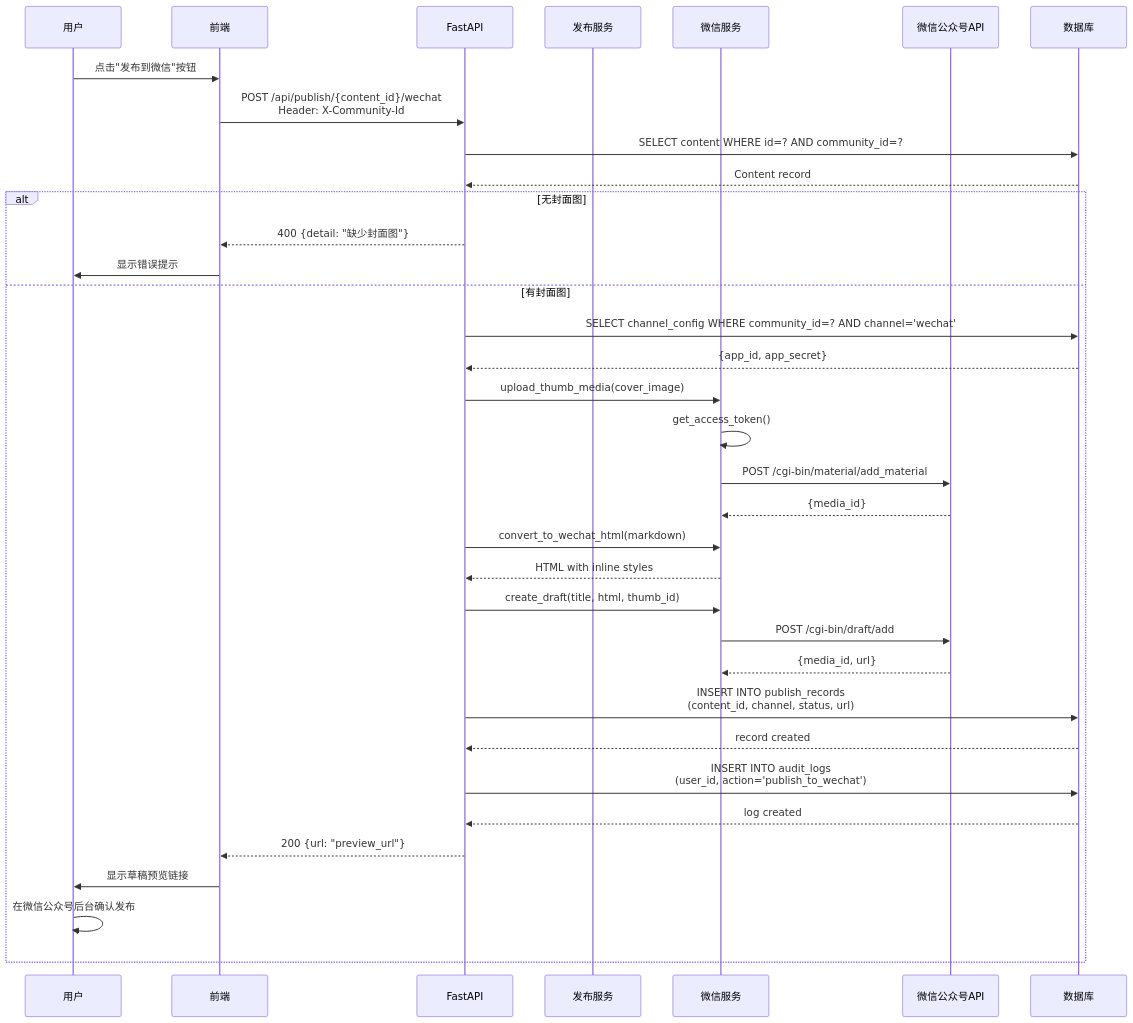
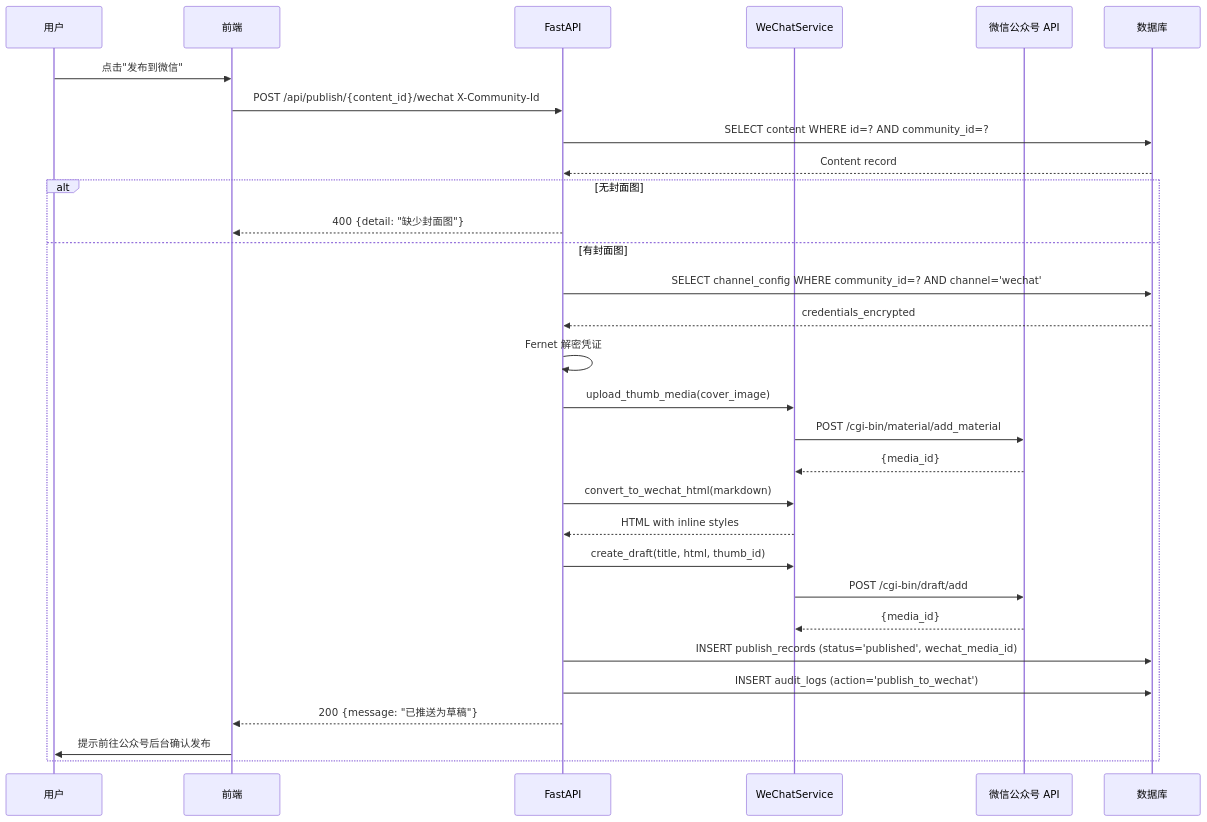
Before and after one commit to ZhengZhenyu/omnicontent: the seventh of 17 diagrams in docs/uml/01-类图与时序图.md, drawn with Mermaid. The commit also changed other lines of this file and 15 other files, not shown here.

````diff
--- a/docs/uml/01-类图与时序图.md
+++ b/docs/uml/01-类图与时序图.md
@@ -298,46 +410,39 @@
 ```mermaid
 sequenceDiagram
     participant User as 用户
     participant Frontend as 前端
     participant API as FastAPI
-    participant PublishService as 发布服务
-    participant WeChatService as 微信服务
-    participant WeChatAPI as 微信公众号API
+    participant WeChatSvc as WeChatService
+    participant WeChatAPI as 微信公众号 API
     participant DB as 数据库
 
-    User->>Frontend: 点击"发布到微信"按钮
-    Frontend->>API: POST /api/publish/{content_id}/wechat<br/>Header: X-Community-Id
+    User->>Frontend: 点击"发布到微信"
+    Frontend->>API: POST /api/publish/{content_id}/wechat  X-Community-Id
 
     API->>DB: SELECT content WHERE id=? AND community_id=?
     DB-->>API: Content record
 
     alt 无封面图
         API-->>Frontend: 400 {detail: "缺少封面图"}
-        Frontend->>User: 显示错误提示
     else 有封面图
         API->>DB: SELECT channel_config WHERE community_id=? AND channel='wechat'
-        DB-->>API: {app_id, app_secret}
+        DB-->>API: credentials_encrypted
+        API->>API: Fernet 解密凭证
 
-        API->>WeChatService: upload_thumb_media(cover_image)
-        WeChatService->>WeChatService: get_access_token()
-        WeChatService->>WeChatAPI: POST /cgi-bin/material/add_material
-        WeChatAPI-->>WeChatService: {media_id}
+        API->>WeChatSvc: upload_thumb_media(cover_image)
+        WeChatSvc->>WeChatAPI: POST /cgi-bin/material/add_material
+        WeChatAPI-->>WeChatSvc: {media_id}
 
-        API->>WeChatService: convert_to_wechat_html(markdown)
-        WeChatService-->>API: HTML with inline styles
+        API->>WeChatSvc: convert_to_wechat_html(markdown)
+        WeChatSvc-->>API: HTML with inline styles
 
-        API->>WeChatService: create_draft(title, html, thumb_id)
-        WeChatService->>WeChatAPI: POST /cgi-bin/draft/add
-        WeChatAPI-->>WeChatService: {media_id, url}
+        API->>WeChatSvc: create_draft(title, html, thumb_id)
+        WeChatSvc->>WeChatAPI: POST /cgi-bin/draft/add
+        WeChatAPI-->>WeChatSvc: {media_id}
 
-        API->>DB: INSERT INTO publish_records<br/>(content_id, channel, status, url)
-        DB-->>API: record created
-
-        API->>DB: INSERT INTO audit_logs<br/>(user_id, action='publish_to_wechat')
-        DB-->>API: log created
-
-        API-->>Frontend: 200 {url: "preview_url"}
-        Frontend->>User: 显示草稿预览链接
-        User->>User: 在微信公众号后台确认发布
+        API->>DB: INSERT publish_records (status='published', wechat_media_id)
+        API->>DB: INSERT audit_logs (action='publish_to_wechat')
+        API-->>Frontend: 200 {message: "已推送为草稿"}
+        Frontend->>User: 提示前往公众号后台确认发布
     end
 ```
````
